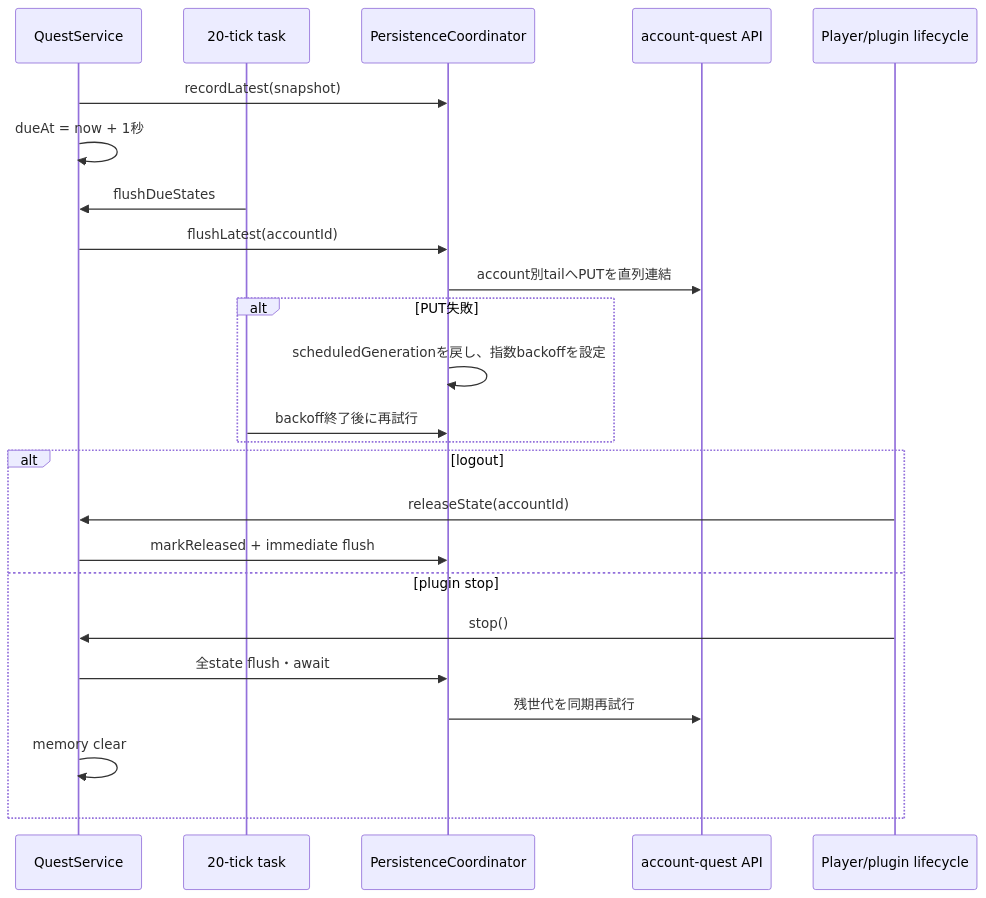
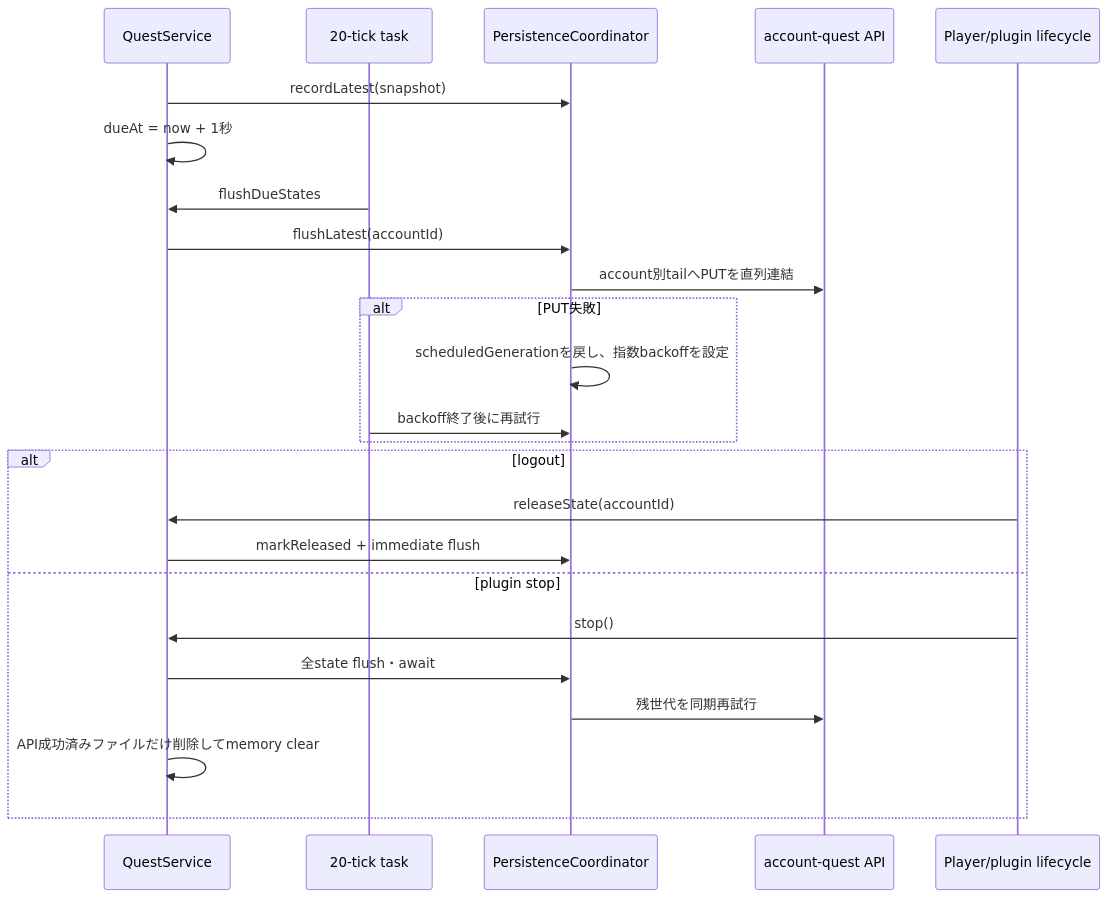
Before and after one commit to maaasu/AstralRecord-Workspace: the fifth of 5 diagrams in 00_docs/10_Plugin設計書/feature/29-quest/29_4-統合フロー.md, drawn with Mermaid. The commit also changed other lines of this file and 3 other files, not shown here.

````diff
--- a/00_docs/10_Plugin設計書/feature/29-quest/29_4-統合フロー.md
+++ b/00_docs/10_Plugin設計書/feature/29-quest/29_4-統合フロー.md
@@ -187,27 +195,27 @@
 ```mermaid
 sequenceDiagram
     participant Quest as QuestService
     participant Timer as 20-tick task
     participant Coord as PersistenceCoordinator
     participant API as account-quest API
     participant Lifecycle as Player/plugin lifecycle
 
     Quest->>Coord: recordLatest(snapshot)
     Quest->>Quest: dueAt = now + 1秒
     Timer->>Quest: flushDueStates
     Quest->>Coord: flushLatest(accountId)
     Coord->>API: account別tailへPUTを直列連結
     alt PUT失敗
         Coord->>Coord: scheduledGenerationを戻し、指数backoffを設定
         Timer->>Coord: backoff終了後に再試行
     end
     alt logout
         Lifecycle->>Quest: releaseState(accountId)
         Quest->>Coord: markReleased + immediate flush
     else plugin stop
         Lifecycle->>Quest: stop()
         Quest->>Coord: 全state flush・await
         Coord->>API: 残世代を同期再試行
-        Quest->>Quest: memory clear
+        Quest->>Quest: API成功済みファイルだけ削除してmemory clear
     end
 ```
````
